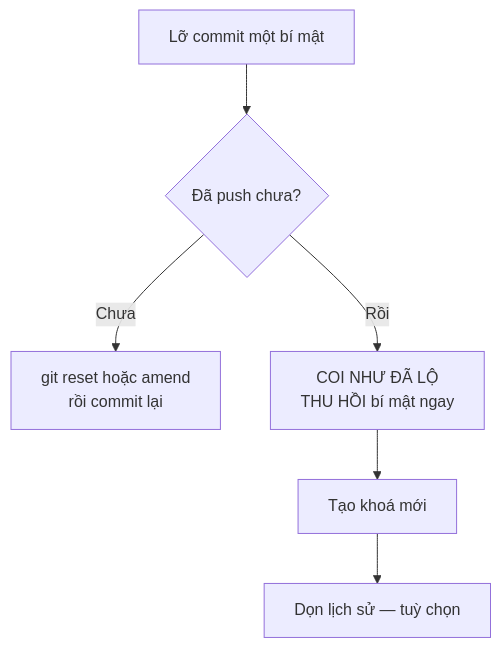
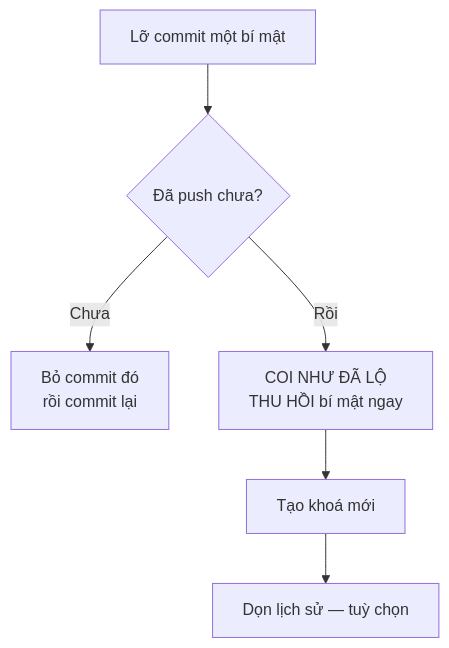
One commit to TienNHM/dotnet-course changed the diagram in lessons/stage-01-foundation/module-03-git-developer-workflow/3.2-git-install-config.md. Above: the diagram before and after it, drawn with Mermaid. The commit also changed other lines of this file and 44 other files, not shown here.

````diff
--- a/lessons/stage-01-foundation/module-03-git-developer-workflow/3.2-git-install-config.md
+++ b/lessons/stage-01-foundation/module-03-git-developer-workflow/3.2-git-install-config.md
@@ -133,8 +191,8 @@
 ```mermaid
 flowchart TD
     A[Lỡ commit một bí mật] --> B{Đã push chưa?}
-    B -->|Chưa| C[git reset hoặc amend<br/>rồi commit lại]
+    B -->|Chưa| C[Bỏ commit đó<br/>rồi commit lại]
     B -->|Rồi| D[COI NHƯ ĐÃ LỘ<br/>THU HỒI bí mật ngay]
     D --> E[Tạo khoá mới]
     E --> F[Dọn lịch sử — tuỳ chọn]
 ```
````
